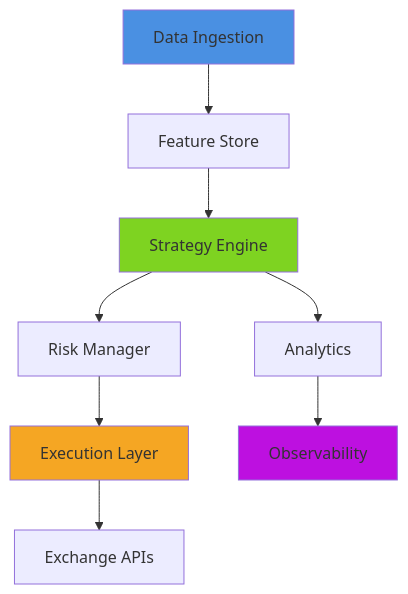
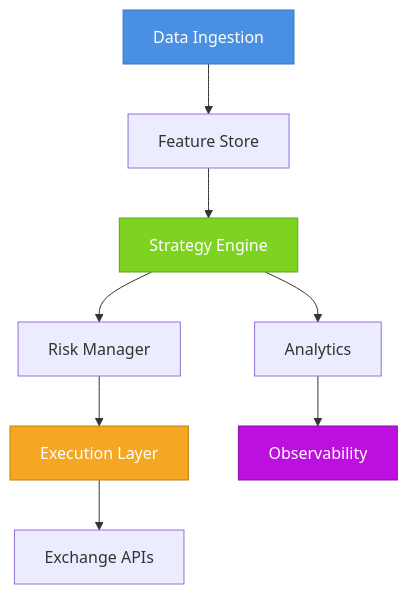
One commit to neuron7x/Kuramoto-synchronization-model changed the second of 3 diagrams in README.md. Above: the diagram before and after it, drawn with Mermaid. The commit also changed other lines of this file and 2 other files, not shown here.

````diff
--- a/README.md
+++ b/README.md
@@ -233,15 +490,15 @@
 ```mermaid
 graph TB
   A[Data Ingestion] --> B[Feature Store]
   B --> C[Strategy Engine]
   C --> D[Risk Manager]
   D --> E[Execution Layer]
   E --> F[Exchange APIs]
   C --> G[Analytics]
   G --> H[Observability]
 
-  style A fill:#4a90e2
-  style C fill:#7ed321
-  style E fill:#f5a623
-  style H fill:#bd10e0
+  style A fill:#4a90e2,stroke:#357abd,color:#fff
+  style C fill:#7ed321,stroke:#5fa319,color:#fff
+  style E fill:#f5a623,stroke:#c47d1a,color:#fff
+  style H fill:#bd10e0,stroke:#8e0ca8,color:#fff
 ```
````
